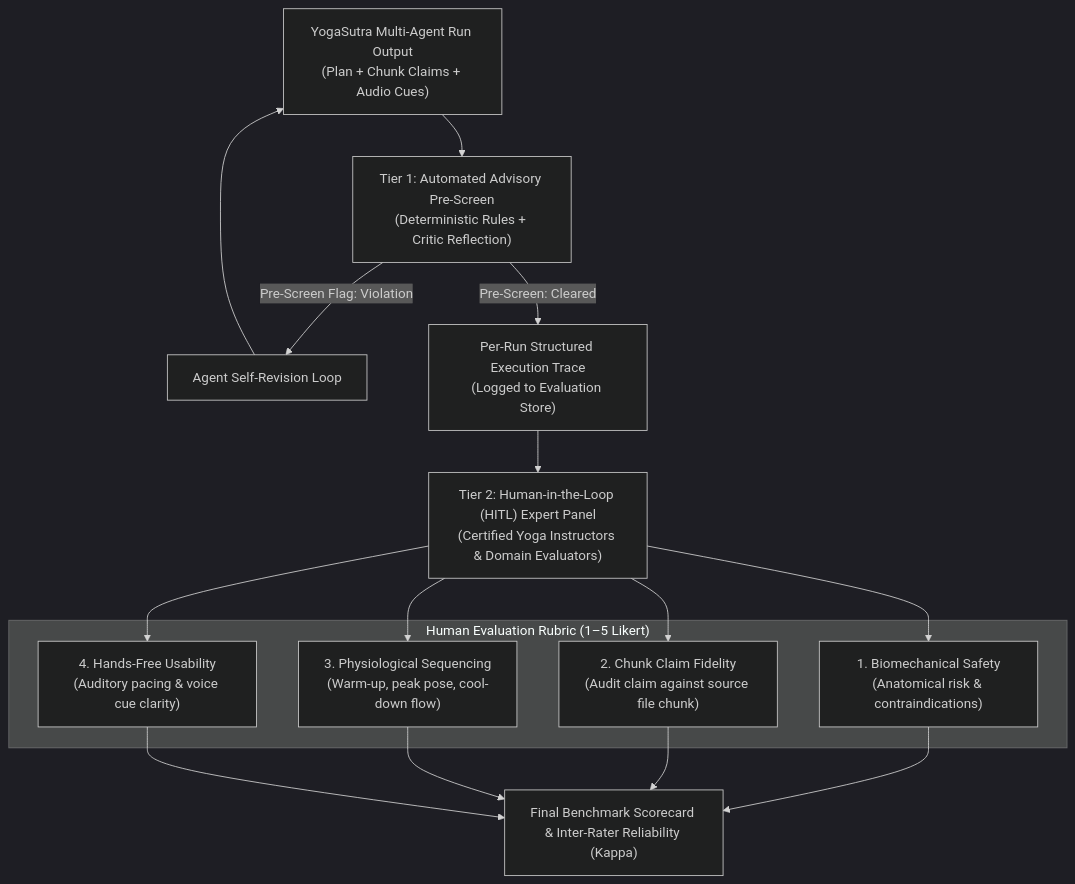
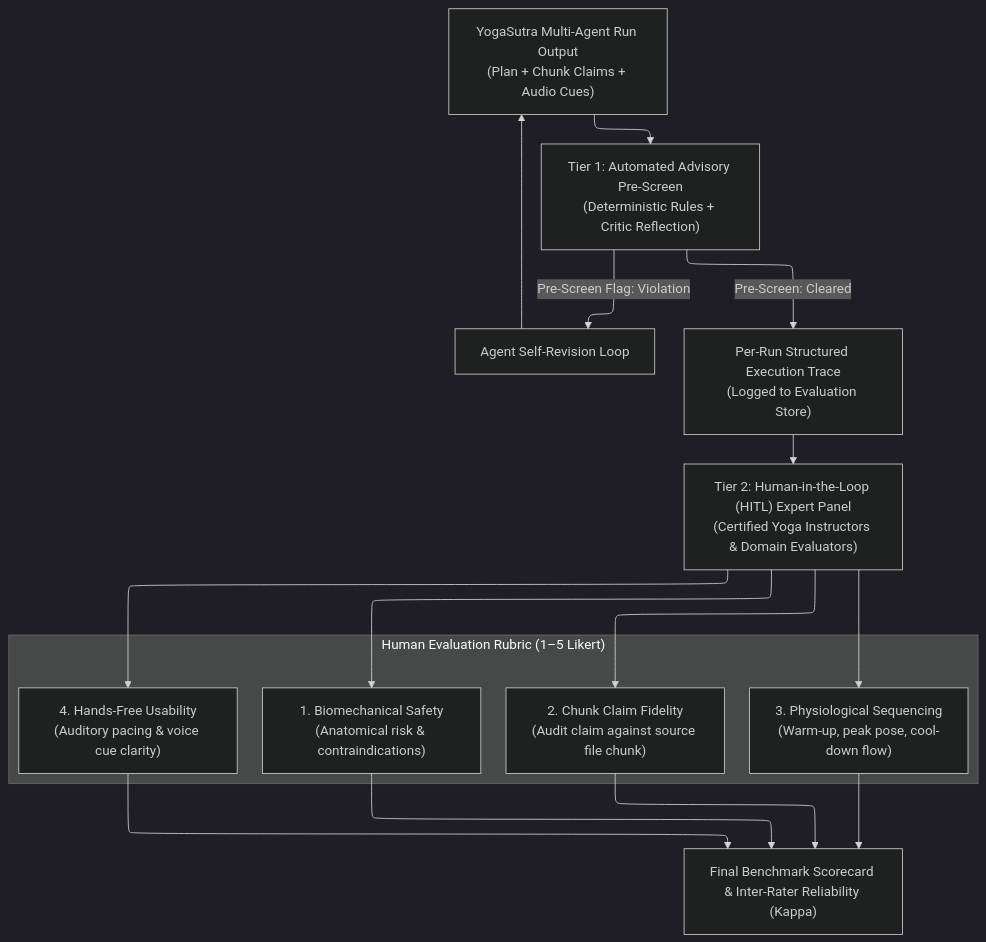
One commit to ojhaprathmesh/YogaSutra_Repo changed diagram 16 of 31 in PLAN.md. Above: the diagram before and after it, drawn with Mermaid (dark theme). The commit also changed other lines of this file, not shown here.

Commit message:
docs: unify master architecture in Section 6, add subsystem integration matrix in Section 35, and fix diagram formatting

````diff
--- a/PLAN.md
+++ b/PLAN.md
@@ -1335,28 +1405,32 @@
 ``` mermaid
+---
+config:
+  layout: elk
+---
 flowchart TD
     RUN["YogaSutra Multi-Agent Run Output\n(Plan + Chunk Claims + Audio Cues)"] --> T1["Tier 1: Automated Advisory Pre-Screen\n(Deterministic Rules + Critic Reflection)"]
-    
+
     T1 -->|Pre-Screen Flag: Violation| REV["Agent Self-Revision Loop"]
     REV --> RUN
-    
+
     T1 -->|Pre-Screen: Cleared| TRACE["Per-Run Structured Execution Trace\n(Logged to Evaluation Store)"]
-    
+
     TRACE --> T2["Tier 2: Human-in-the-Loop (HITL) Expert Panel\n(Certified Yoga Instructors & Domain Evaluators)"]
-    
+
     subgraph HITL_Rubric["Human Evaluation Rubric (1–5 Likert)"]
         R1["1. Biomechanical Safety\n(Anatomical risk & contraindications)"]
         R2["2. Chunk Claim Fidelity\n(Audit claim against source file chunk)"]
         R3["3. Physiological Sequencing\n(Warm-up, peak pose, cool-down flow)"]
         R4["4. Hands-Free Usability\n(Auditory pacing & voice cue clarity)"]
     end
-    
+
     T2 --> R1
     T2 --> R2
     T2 --> R3
     T2 --> R4
-    
+
     R1 --> FINAL["Final Benchmark Scorecard & Inter-Rater Reliability (Kappa)"]
     R2 --> FINAL
     R3 --> FINAL
     R4 --> FINAL
 ```
````
